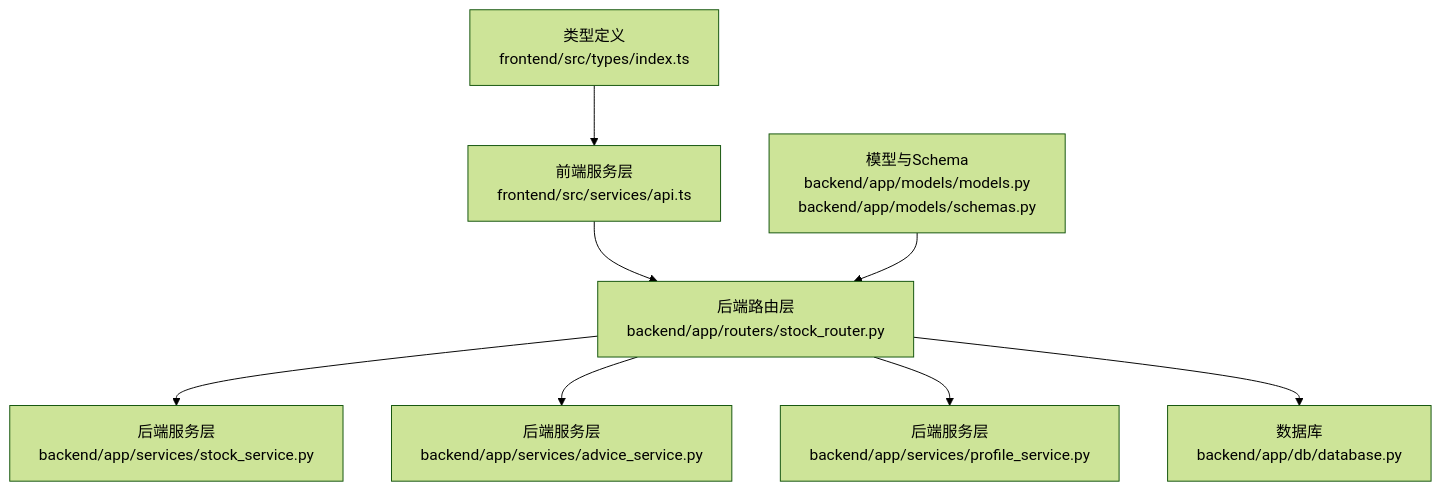
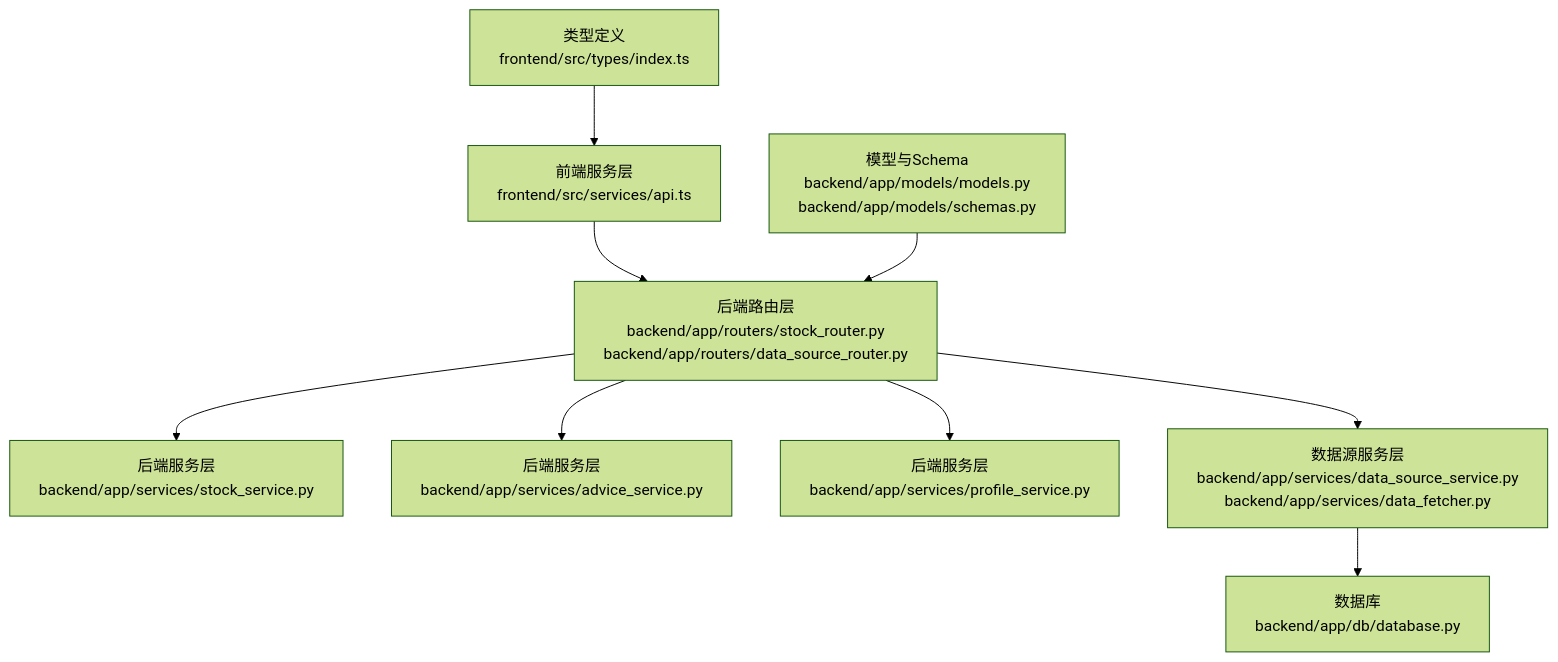
One commit to Moruime/stock_foker changed the first of 5 diagrams in .qoder/repowiki/zh/content/前端组件/服务层.md. Above: the diagram before and after it, drawn with Mermaid (forest theme). The commit also changed other lines of this file and 37 other files, not shown here.

First line of the commit message:
docs(data_source): 新增数据源服务层及相关数据库结构文档

````diff
--- a/.qoder/repowiki/zh/content/前端组件/服务层.md
+++ b/.qoder/repowiki/zh/content/前端组件/服务层.md
@@ -46,10 +61,11 @@
 ```mermaid
 graph TB
-FE_API["前端服务层<br/>frontend/src/services/api.ts"] --> BE_ROUTER["后端路由层<br/>backend/app/routers/stock_router.py"]
+FE_API["前端服务层<br/>frontend/src/services/api.ts"] --> BE_ROUTER["后端路由层<br/>backend/app/routers/stock_router.py<br/>backend/app/routers/data_source_router.py"]
 BE_ROUTER --> BE_SERVICE_STOCK["后端服务层<br/>backend/app/services/stock_service.py"]
 BE_ROUTER --> BE_SERVICE_ADVICE["后端服务层<br/>backend/app/services/advice_service.py"]
 BE_ROUTER --> BE_SERVICE_PROFILE["后端服务层<br/>backend/app/services/profile_service.py"]
-BE_ROUTER --> BE_DB["数据库<br/>backend/app/db/database.py"]
+BE_ROUTER --> BE_SERVICE_DATA_SOURCE["数据源服务层<br/>backend/app/services/data_source_service.py<br/>backend/app/services/data_fetcher.py"]
+BE_SERVICE_DATA_SOURCE --> BE_DB["数据库<br/>backend/app/db/database.py"]
 FE_TYPES["类型定义<br/>frontend/src/types/index.ts"] --> FE_API
 BE_MODELS["模型与Schema<br/>backend/app/models/models.py<br/>backend/app/models/schemas.py"] --> BE_ROUTER
 ```
````
